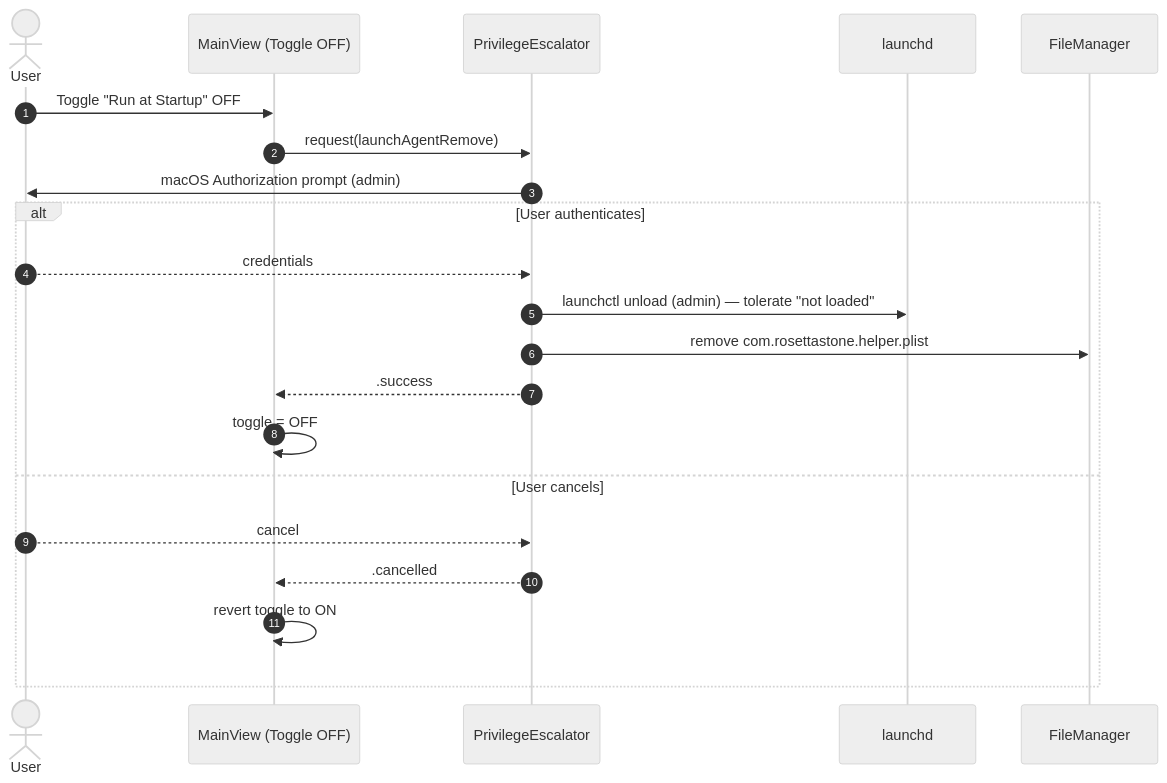
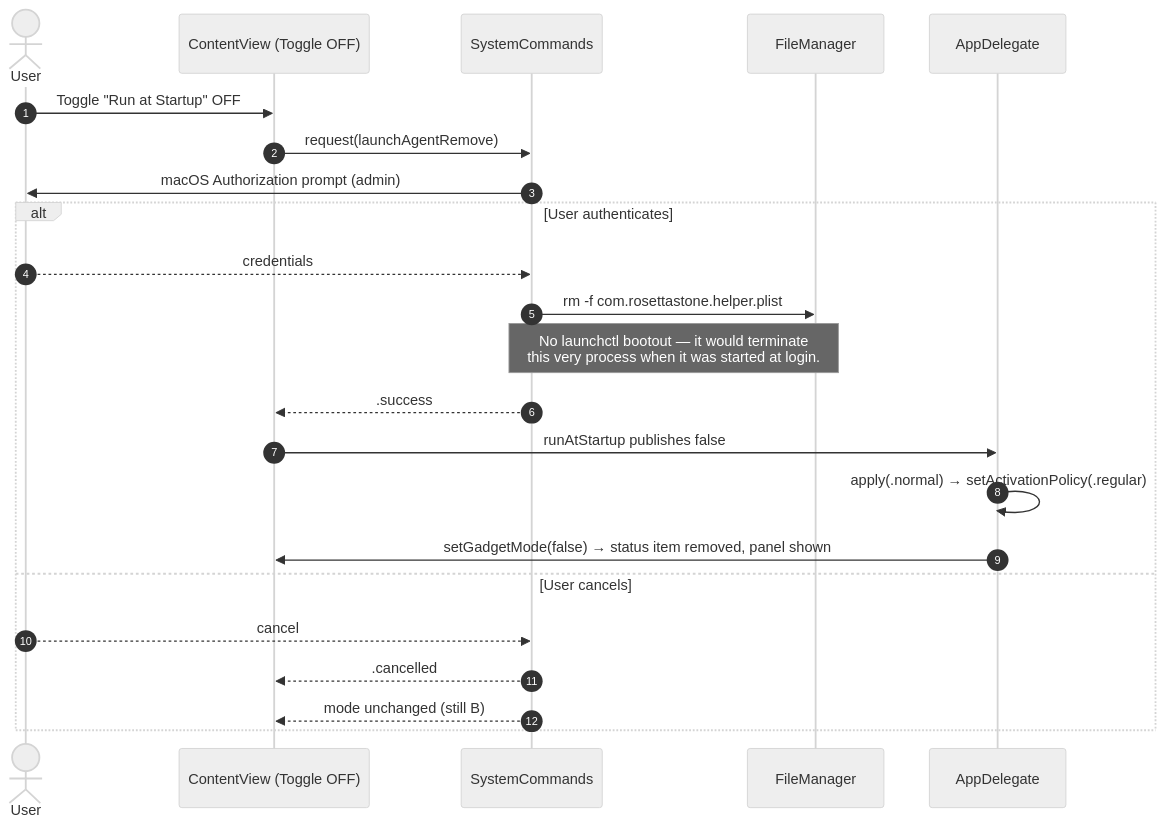
One commit to pppoipoit/Rosetta_Stone changed the third of 7 diagrams in docs/ARCHITECTURE.md. Above: the diagram before and after it, drawn with Mermaid (neutral theme). The commit also changed other lines of this file and 24 other files, not shown here.

````diff
--- a/docs/ARCHITECTURE.md
+++ b/docs/ARCHITECTURE.md
@@ -147,24 +178,26 @@
 ```mermaid
 sequenceDiagram
     autonumber
     actor U as User
-    participant UI as MainView (Toggle OFF)
-    participant P as PrivilegeEscalator
-    participant LC as launchd
+    participant UI as ContentView (Toggle OFF)
+    participant P as SystemCommands
     participant FS as FileManager
+    participant AD as AppDelegate
 
     U->>UI: Toggle "Run at Startup" OFF
     UI->>P: request(launchAgentRemove)
     P->>U: macOS Authorization prompt (admin)
     alt User authenticates
         U-->>P: credentials
-        P->>LC: launchctl unload (admin) — tolerate "not loaded"
-        P->>FS: remove com.rosettastone.helper.plist
+        P->>FS: rm -f com.rosettastone.helper.plist
+        Note over P,FS: No launchctl bootout — it would terminate<br/>this very process when it was started at login.
         P-->>UI: .success
-        UI->>UI: toggle = OFF
+        UI->>AD: runAtStartup publishes false
+        AD->>AD: apply(.normal) → setActivationPolicy(.regular)
+        AD->>UI: setGadgetMode(false) → status item removed, panel shown
     else User cancels
         U-->>P: cancel
         P-->>UI: .cancelled
-        UI->>UI: revert toggle to ON
+        P-->>UI: mode unchanged (still B)
     end
 ```
````
